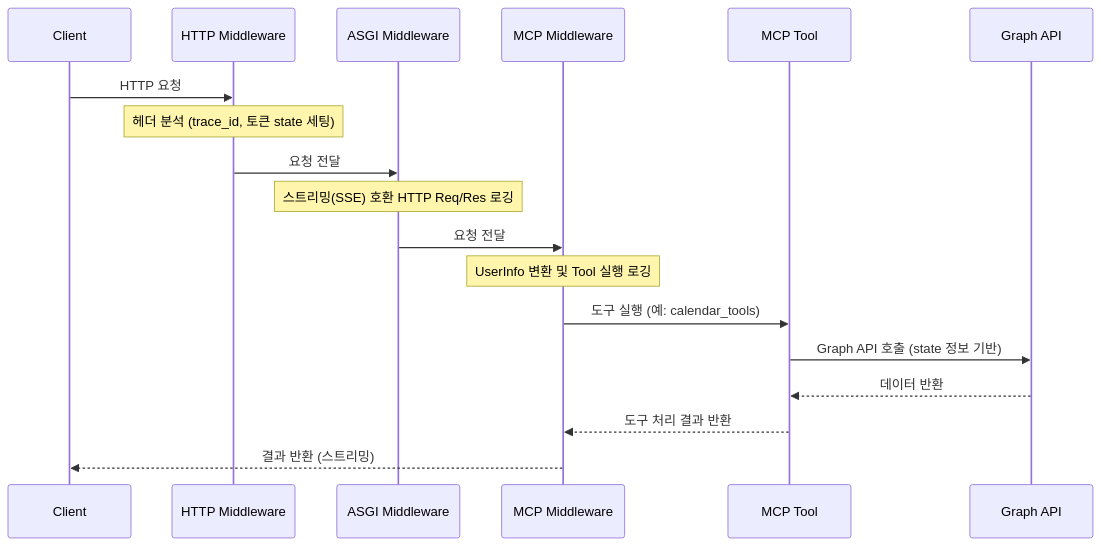
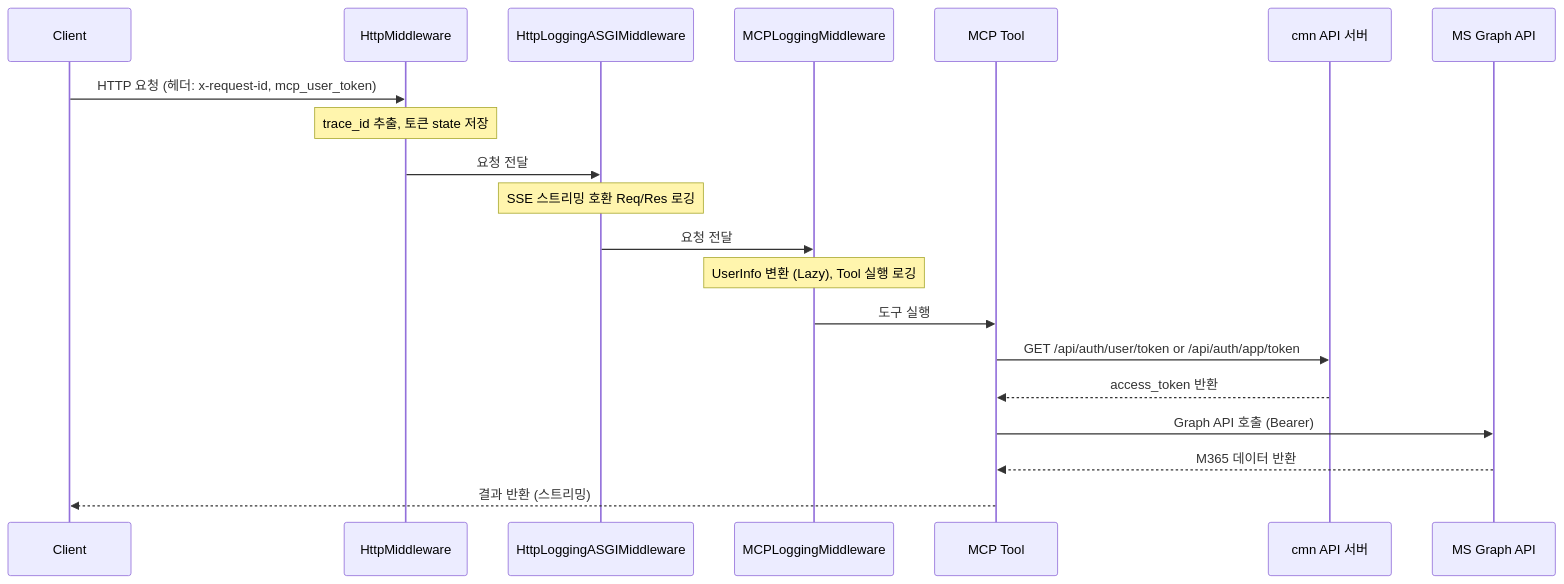
Before and after one commit to leodev901/mcp-mail: the third of 4 diagrams in README.md, drawn with Mermaid. The commit also changed other lines of this file, not shown here.

````diff
--- a/README.md
+++ b/README.md
@@ -17,26 +214,23 @@
 ```mermaid
 sequenceDiagram
     participant Client
-    participant HTTP_MW as HTTP Middleware
-    participant ASGI_MW as ASGI Middleware
-    participant MCP_MW as MCP Middleware
+    participant HTTP_MW as HttpMiddleware
+    participant ASGI_MW as HttpLoggingASGIMiddleware
+    participant MCP_MW as MCPLoggingMiddleware
     participant Tool as MCP Tool
-    participant Graph as Graph API
-    
-    Client->>HTTP_MW: HTTP 요청
-    
-    note over HTTP_MW: 헤더 분석 (trace_id, 토큰 state 세팅)
+    participant CMN as cmn API 서버
+    participant Graph as MS Graph API
+
+    Client->>HTTP_MW: HTTP 요청 (헤더: x-request-id, mcp_user_token)
+    note over HTTP_MW: trace_id 추출, 토큰 state 저장
     HTTP_MW->>ASGI_MW: 요청 전달
-    
-    note over ASGI_MW: 스트리밍(SSE) 호환 HTTP Req/Res 로깅
+    note over ASGI_MW: SSE 스트리밍 호환 Req/Res 로깅
     ASGI_MW->>MCP_MW: 요청 전달
-    
-    note over MCP_MW: UserInfo 변환 및 Tool 실행 로깅
-    MCP_MW->>Tool: 도구 실행 (예: calendar_tools)
-    
-    Tool->>Graph: Graph API 호출 (state 정보 기반)
-    Graph-->>Tool: 데이터 반환
-    
-    Tool-->>MCP_MW: 도구 처리 결과 반환
-    MCP_MW-->>Client: 결과 반환 (스트리밍)
+    note over MCP_MW: UserInfo 변환 (Lazy), Tool 실행 로깅
+    MCP_MW->>Tool: 도구 실행
+    Tool->>CMN: GET /api/auth/user/token or /api/auth/app/token
+    CMN-->>Tool: access_token 반환
+    Tool->>Graph: Graph API 호출 (Bearer)
+    Graph-->>Tool: M365 데이터 반환
+    Tool-->>Client: 결과 반환 (스트리밍)
 ```
````
